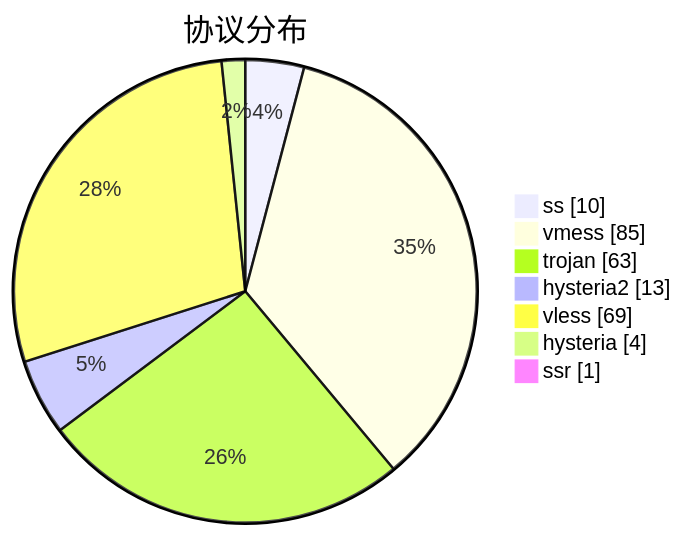
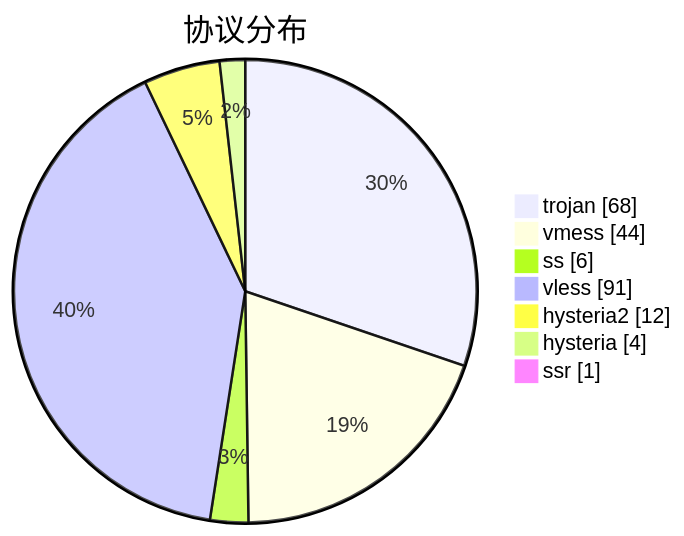
The third of 3 diagrams in subs/statistics/tested_within.md (sinspired/airport), drawn with Mermaid before and after one commit. The commit also changed other lines of this file and 2 other files, not shown here.

````diff
--- a/subs/statistics/tested_within.md
+++ b/subs/statistics/tested_within.md
@@ -38,11 +32,11 @@
 ```mermaid
 pie showData
 title 协议分布
-"ss" : 10
-"vmess" : 85
-"trojan" : 63
-"hysteria2" : 13
-"vless" : 69
+"trojan" : 68
+"vmess" : 44
+"ss" : 6
+"vless" : 91
+"hysteria2" : 12
 "hysteria" : 4
 "ssr" : 1
 ```
````
